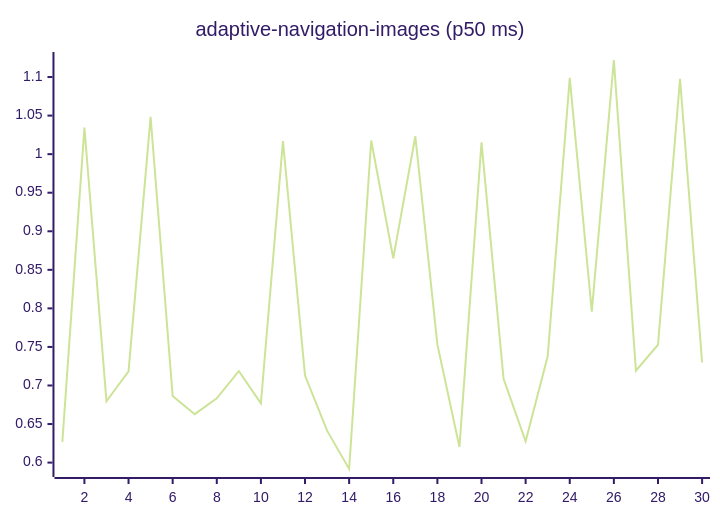
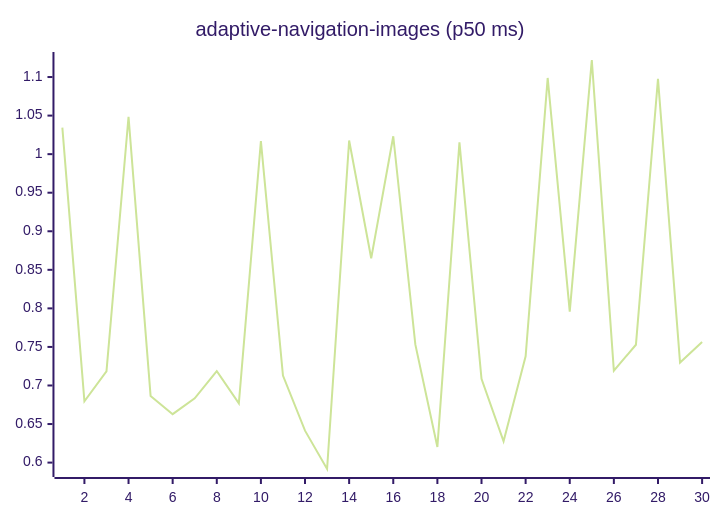
Before and after one commit to josha/Facet: the first of 27 diagrams in README.md, drawn with Mermaid (forest theme). The commit also changed other lines of this file and 2 other files, not shown here.

````diff
--- a/README.md
+++ b/README.md
@@ -63,6 +63,6 @@
 ```mermaid
 xychart-beta
     title "adaptive-navigation-images (p50 ms)"
     x-axis 1 --> 30
-    line [0.6269, 1.0344, 0.6795, 0.7184, 1.0485, 0.6864, 0.6628, 0.6834, 0.7187, 0.6768, 1.0168, 0.7129, 0.6414, 0.5917, 1.0177, 0.8650, 1.0232, 0.7532, 0.6203, 1.0152, 0.7086, 0.6277, 0.7378, 1.0988, 0.7959, 1.1221, 0.7192, 0.7528, 1.0977, 0.7298]
+    line [1.0344, 0.6795, 0.7184, 1.0485, 0.6864, 0.6628, 0.6834, 0.7187, 0.6768, 1.0168, 0.7129, 0.6414, 0.5917, 1.0177, 0.8650, 1.0232, 0.7532, 0.6203, 1.0152, 0.7086, 0.6277, 0.7378, 1.0988, 0.7959, 1.1221, 0.7192, 0.7528, 1.0977, 0.7298, 0.7565]
 ```
````
